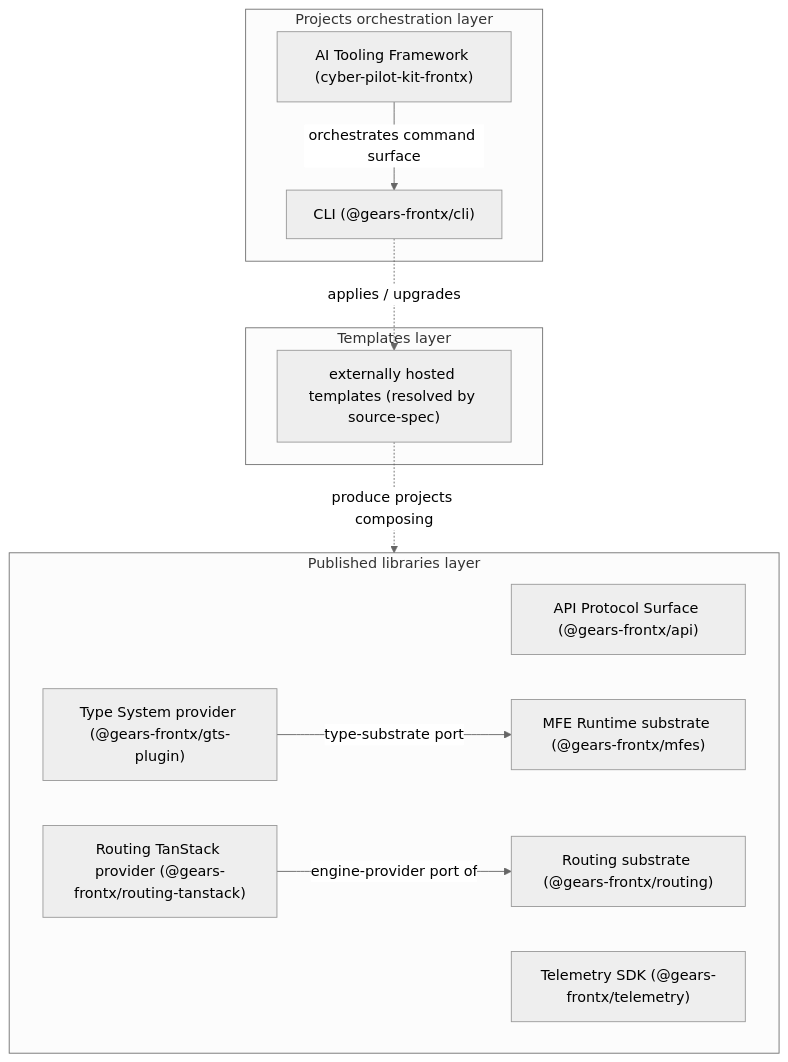
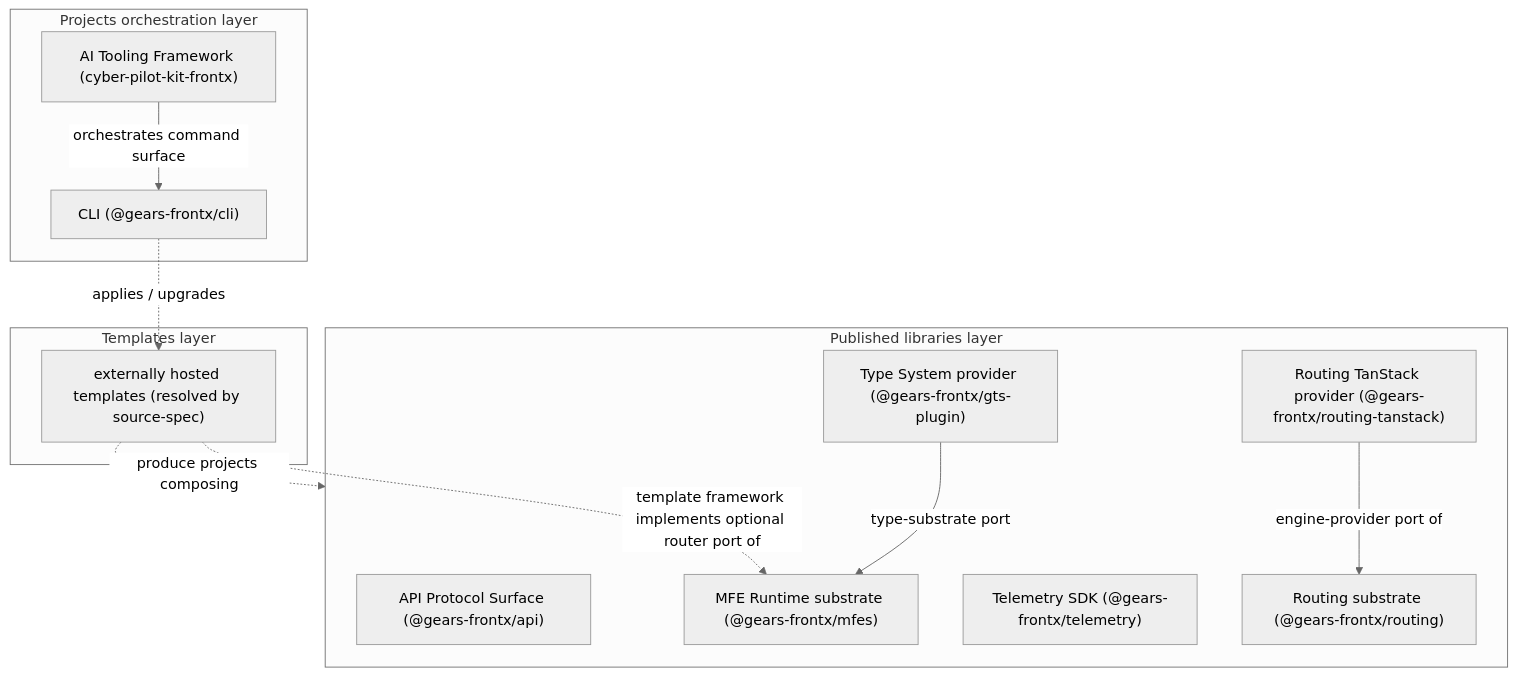
The first of 3 diagrams in architecture/DESIGN.md (GeraBart/gears-frontx), drawn with Mermaid (neutral theme) before and after one commit. The commit also changed other lines of this file and 83 other files, not shown here.

Commit message:
feat: router port in mfes, private occupant values, flat URL keys

````diff
--- a/architecture/DESIGN.md
+++ b/architecture/DESIGN.md
@@ -153,23 +154,24 @@
 ```mermaid
 graph TD
     subgraph Orch[Projects orchestration layer]
         KIT["AI Tooling Framework (cyber-pilot-kit-frontx)"]
         CLI["CLI (@gears-frontx/cli)"]
     end
     subgraph Libs[Published libraries layer]
         API["API Protocol Surface (@gears-frontx/api)"]
         GTS["Type System provider (@gears-frontx/gts-plugin)"]
         MFES["MFE Runtime substrate (@gears-frontx/mfes)"]
         TEL["Telemetry SDK (@gears-frontx/telemetry)"]
         ROUTING["Routing substrate (@gears-frontx/routing)"]
         ROUTINGTS["Routing TanStack provider (@gears-frontx/routing-tanstack)"]
     end
     subgraph Tmpl[Templates layer]
         T["externally hosted templates (resolved by source-spec)"]
     end
     KIT -- "orchestrates command surface" --> CLI
     GTS -- "type-substrate port" --> MFES
     ROUTINGTS -- "engine-provider port of" --> ROUTING
     CLI -. "applies / upgrades" .-> T
     T -. "produce projects composing" .-> Libs
+    T -. "template framework implements optional router port of" .-> MFES
 ```
````
